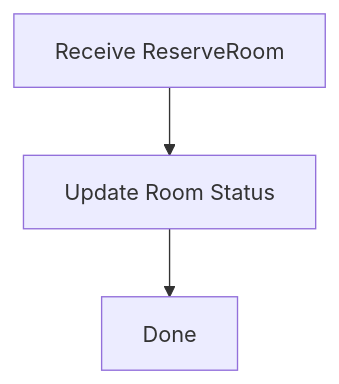
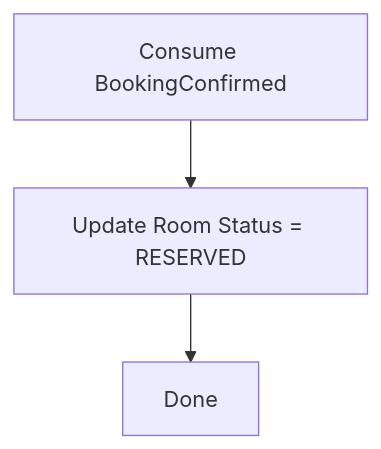
One commit to bangit14/WebBanHang-Project changed the fifth of 6 diagrams in analysis-and-design-ddd.md. Above: the diagram before and after it, drawn with Mermaid. The commit also changed other lines of this file, not shown here.

````diff
--- a/analysis-and-design-ddd.md
+++ b/analysis-and-design-ddd.md
@@ -168,5 +203,5 @@
 ```mermaid
 flowchart TD
-    A[Receive ReserveRoom] --> B[Update Room Status]
+    A[Consume BookingConfirmed] --> B[Update Room Status = RESERVED]
     B --> C[Done]
 ```
````
